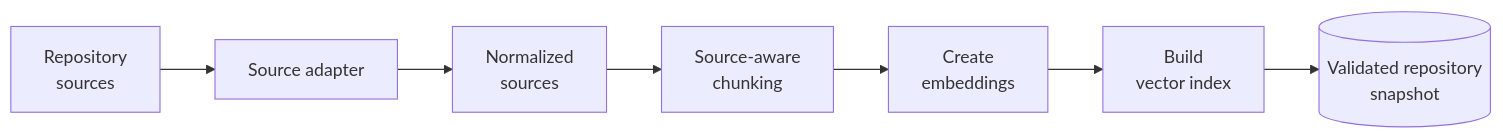
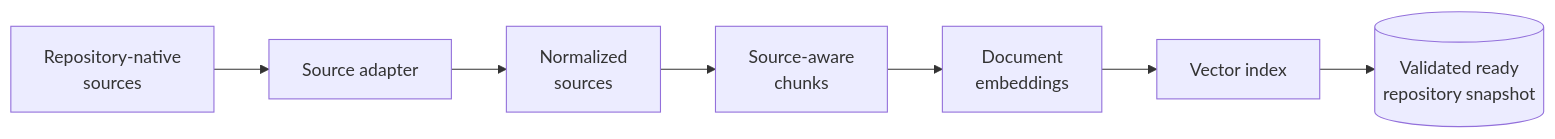
The second of 4 diagrams in docs/architecture.md (sophiatheofanidou/RepoRationale), drawn with Mermaid before and after one commit. The commit also changed other lines of this file and 18 other files, not shown here.

````diff
--- a/docs/architecture.md
+++ b/docs/architecture.md
@@ -71,9 +52,9 @@
 ```mermaid
 flowchart LR
-    Sources[Repository<br/>sources] --> Adapter[Source adapter]
+    Sources[Repository-native<br/>sources] --> Adapter[Source adapter]
     Adapter --> Normalized[Normalized<br/>sources]
-    Normalized --> Chunk[Source-aware<br/>chunking]
-    Chunk --> Embed[Create<br/>embeddings]
-    Embed --> Index[Build<br/>vector index]
-    Index --> Snapshot[(Validated repository<br/>snapshot)]
+    Normalized --> Chunk[Source-aware<br/>chunks]
+    Chunk --> Embed[Document<br/>embeddings]
+    Embed --> Vector[Vector index]
+    Vector --> Snapshot[(Validated ready<br/>repository snapshot)]
 ```
````
